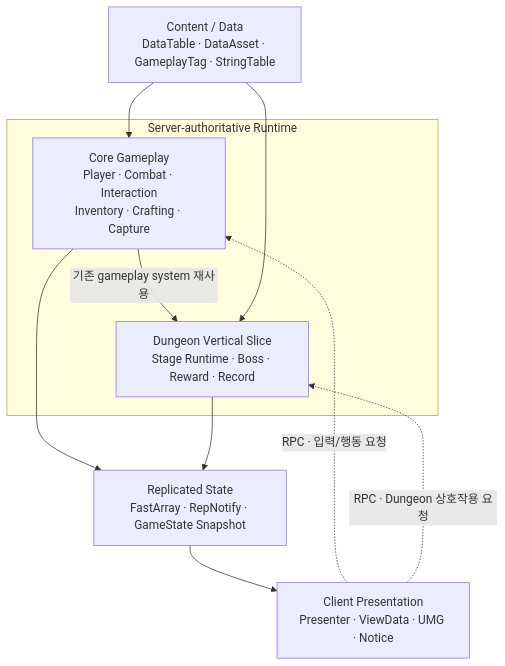
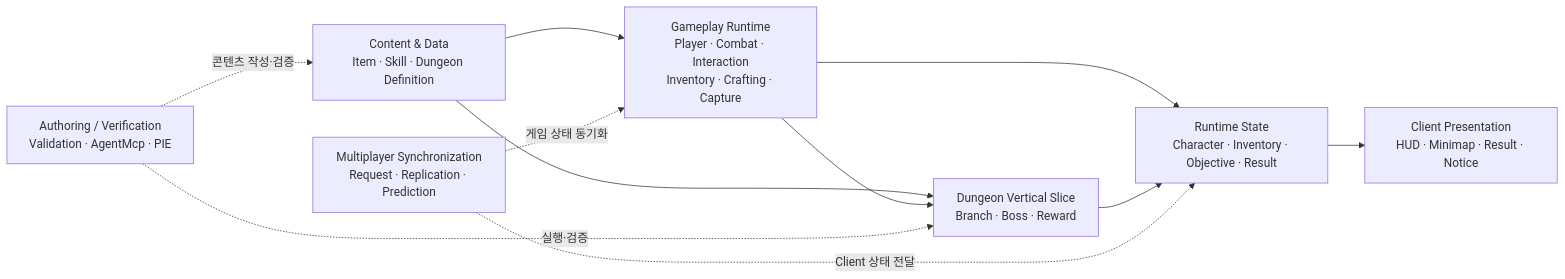
The diagram in Doc/Wiki/Home.md (chungheonLee0325/Sonheim), drawn with Mermaid before and after one commit. The commit also changed other lines of this file, not shown here.

Commit message:
docs: reorder wiki around gameplay and client architecture

````diff
--- a/Doc/Wiki/Home.md
+++ b/Doc/Wiki/Home.md
@@ -17,23 +17,25 @@
 ```mermaid
-flowchart TB
-    DATA["Content / Data<br/>DataTable · DataAsset · GameplayTag · StringTable"]
+flowchart LR
+    DATA["Content & Data<br/>Item · Skill · Dungeon Definition"]
+    GAME["Gameplay Runtime<br/>Player · Combat · Interaction<br/>Inventory · Crafting · Capture"]
+    DUNGEON["Dungeon Vertical Slice<br/>Branch · Boss · Reward"]
+    STATE["Runtime State<br/>Character · Inventory · Objective · Result"]
+    UI["Client Presentation<br/>HUD · Minimap · Result · Notice"]
 
-    subgraph SERVER["Server-authoritative Runtime"]
-        CORE["Core Gameplay<br/>Player · Combat · Interaction<br/>Inventory · Crafting · Capture"]
-        DUNGEON["Dungeon Vertical Slice<br/>Stage Runtime · Boss · Reward · Record"]
-        CORE -->|"기존 gameplay system 재사용"| DUNGEON
-    end
+    NET["Multiplayer Synchronization<br/>Request · Replication · Prediction"]
+    TOOL["Authoring / Verification<br/>Validation · AgentMcp · PIE"]
 
-    STATE["Replicated State<br/>FastArray · RepNotify · GameState Snapshot"]
-    CLIENT["Client Presentation<br/>Presenter · ViewData · UMG · Notice"]
+    DATA --> GAME
+    DATA --> DUNGEON
+    GAME --> DUNGEON
 
-    DATA --> CORE
-    DATA --> DUNGEON
+    GAME --> STATE
+    DUNGEON --> STATE
+    STATE --> UI
 
-    CORE --> STATE
-    DUNGEON --> STATE
-    STATE --> CLIENT
+    NET -. "게임 상태 동기화" .-> GAME
+    NET -. "Client 상태 전달" .-> STATE
 
-    CLIENT -. "RPC · 입력/행동 요청" .-> CORE
-    CLIENT -. "RPC · Dungeon 상호작용 요청" .-> DUNGEON
+    TOOL -. "콘텐츠 작성·검증" .-> DATA
+    TOOL -. "실행·검증" .-> DUNGEON
 ```
````
